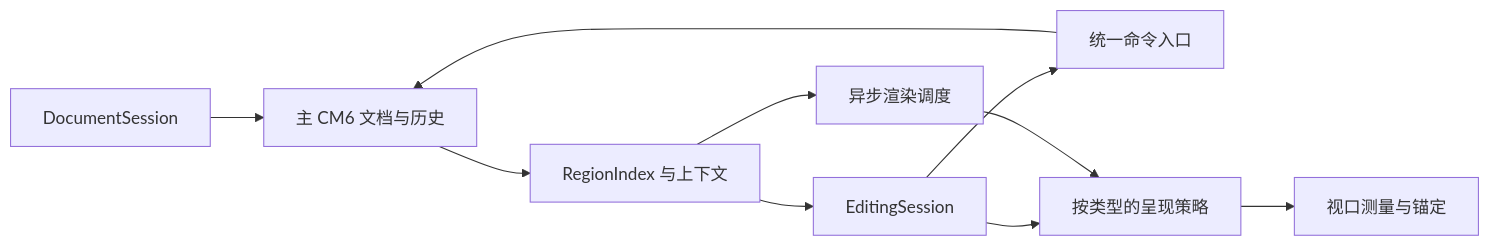
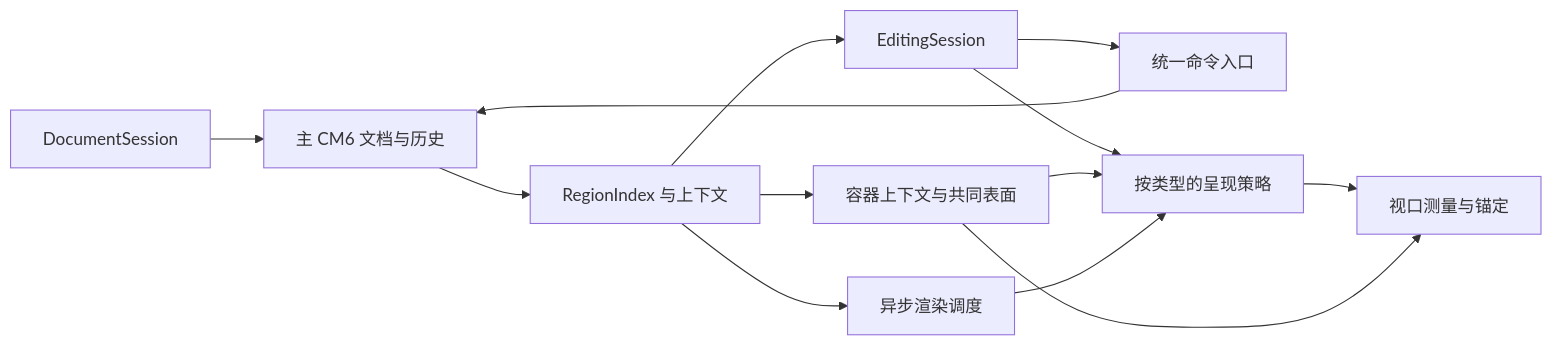
One commit to ltmroberthk915/markpilot changed the diagram in docs/LOG-3.2.13-REGION-ARCHITECTURE.md. Above: the diagram before and after it, drawn with Mermaid. The commit also changed other lines of this file, not shown here.

````diff
--- a/docs/LOG-3.2.13-REGION-ARCHITECTURE.md
+++ b/docs/LOG-3.2.13-REGION-ARCHITECTURE.md
@@ -44,12 +70,15 @@
 ```mermaid
 flowchart LR
   D[DocumentSession] --> C[主 CM6 文档与历史]
   C --> R[RegionIndex 与上下文]
   R --> S[EditingSession]
+  R --> G[容器上下文与共同表面]
   S --> K[统一命令入口]
   K --> C
   S --> P[按类型的呈现策略]
+  G --> P
   R --> A[异步渲染调度]
   A --> P
   P --> V[视口测量与锚定]
+  G --> V
 ```
````
